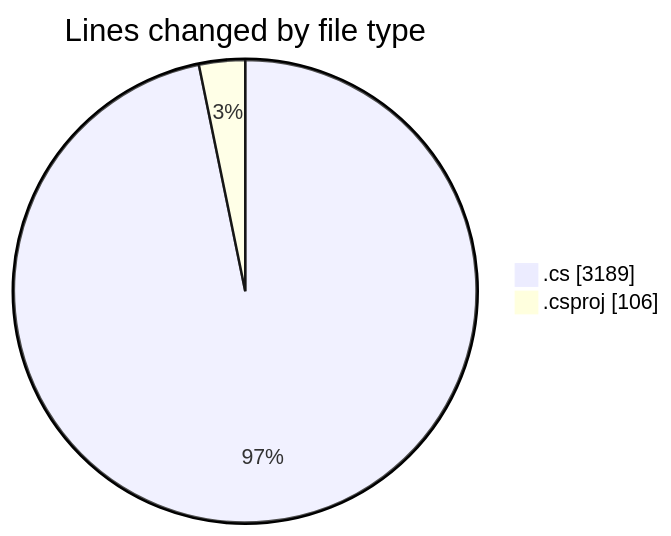
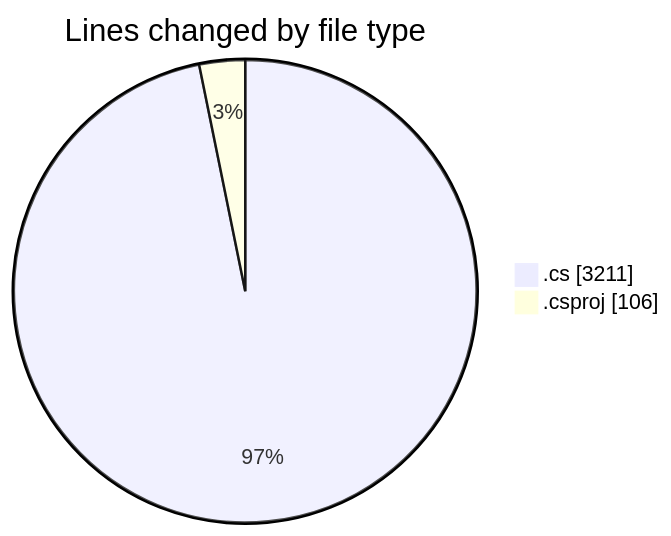
Before and after one commit to Netris89/code-tracking: the first of 2 diagrams in 2025-04-02/back-end/README.md, drawn with Mermaid. The commit also changed other lines of this file and 1 other file, not shown here.

````diff
--- a/2025-04-02/back-end/README.md
+++ b/2025-04-02/back-end/README.md
@@ -33,6 +33,6 @@
 ```mermaid
 pie showData
 title Lines changed by file type
-".cs" : 3189
+".cs" : 3211
 ".csproj" : 106
 ```
````
